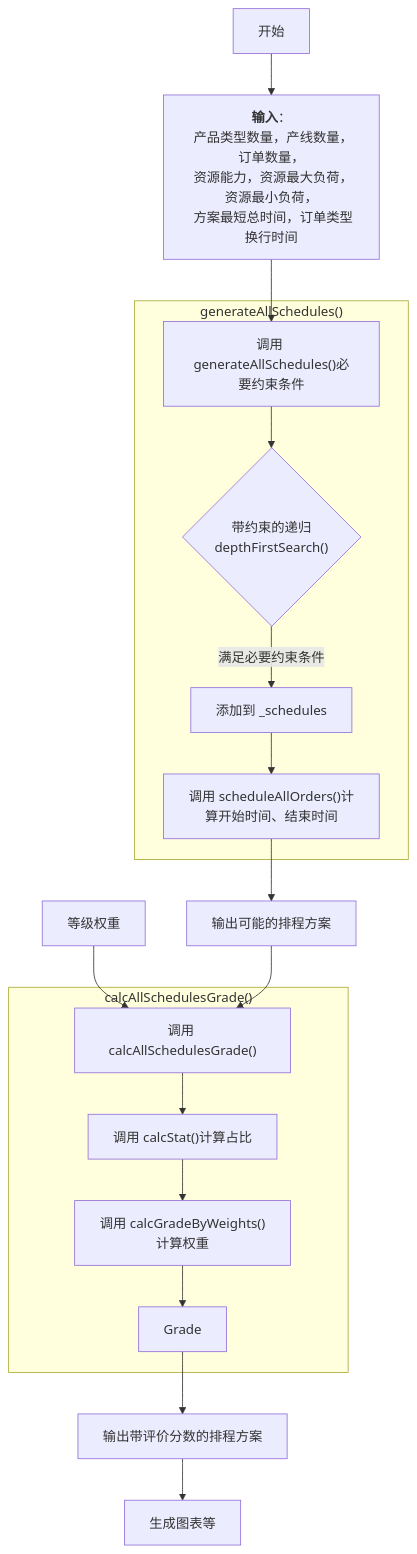
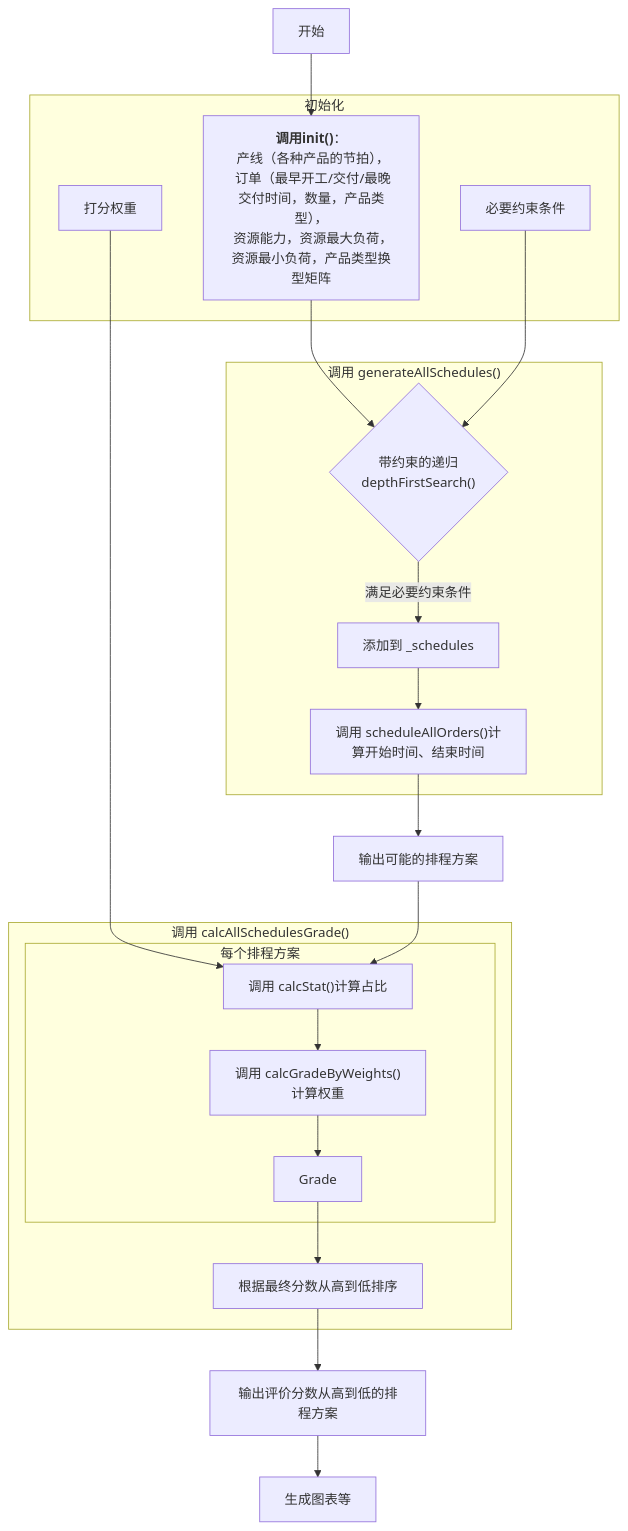
The second of 2 diagrams in README_CN.md (RPIFisherman/APS-app), drawn with Mermaid before and after one commit. The commit also changed other lines of this file and 1 other file, not shown here.

````diff
--- a/README_CN.md
+++ b/README_CN.md
@@ -143,21 +148,28 @@
 ```mermaid
 graph TD
-    A[开始] --> init["<strong>输入</strong>：<br> 产品类型数量，产线数量，订单数量，<br> 资源能力，资源最大负荷，资源最小负荷，<br> 方案最短总时间，订单类型换行时间"]
-init --> generateAllSchedules["调用 generateAllSchedules()必要约束条件"]
-subgraph "generateAllSchedules()"
-generateAllSchedules --> depthFirstSearch{"带约束的递归<br>depthFirstSearch()"}
-depthFirstSearch -->|满足必要约束条件|C[添加到 _schedules]
-%%depthFirstSearch -->|不满足必要约束条件|depthFirstSearch
-C --> D["调用 scheduleAllOrders()计算开始时间、结束时间"]
-end
-D --> E[输出可能的排程方案]
-F[等级权重] --> calcAllSchedulesGrade
-E --> calcAllSchedulesGrade["调用 calcAllSchedulesGrade()"]
-subgraph "calcAllSchedulesGrade()"
-calcAllSchedulesGrade --> calcStat["调用 calcStat()计算占比"]
-calcStat --> calcGradeByWeights["调用 calcGradeByWeights()计算权重"]
-calcGradeByWeights --> Grade[Grade]
-end
-Grade --> G[输出带评价分数的排程方案]
-G --> H[生成图表等]
+    A[开始] --> init["<strong>调用init()</strong>：<br> 产线（各种产品的节拍），<br> 订单（最早开工/交付/最晚交付时间，数量，产品类型），<br> 资源能力，资源最大负荷，资源最小负荷，产品类型换型矩阵"]
+    subgraph "初始化"
+        init
+        rules["必要约束条件"]
+        F["打分权重"]
+    end
+    init --> depthFirstSearch["调用 generateAllSchedules()必要约束条件"]
+    subgraph "调用 generateAllSchedules()"
+        rules --> depthFirstSearch{"带约束的递归<br>depthFirstSearch()"}
+        depthFirstSearch -->|满足必要约束条件| C[添加到 _schedules]
+    %%depthFirstSearch -->|不满足必要约束条件|depthFirstSearch
+        C --> D["调用 scheduleAllOrders()计算开始时间、结束时间"]
+    end
+    D --> E[输出可能的排程方案]
+    F --> calcStat["调用 calcStat()计算占比"]
+    E --> calcStat
+    subgraph "调用 calcAllSchedulesGrade()"
+        subgraph "每个排程方案"
+            calcStat --> calcGradeByWeights["调用 calcGradeByWeights()计算权重"]
+            calcGradeByWeights --> Grade[Grade]
+        end
+        Grade --> sort[根据最终分数从高到低排序]
+    end
+    sort --> G[输出评价分数从高到低的排程方案]
+    G --> H[生成图表等]
 ```
````
